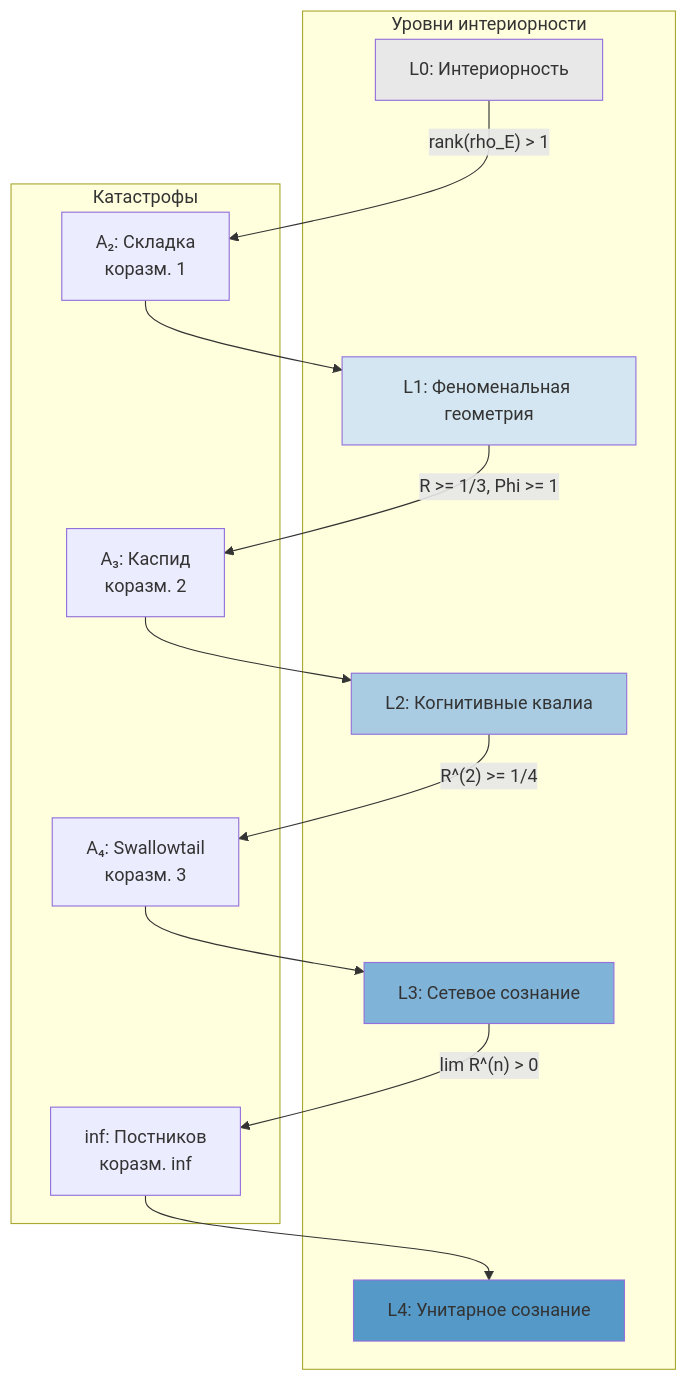
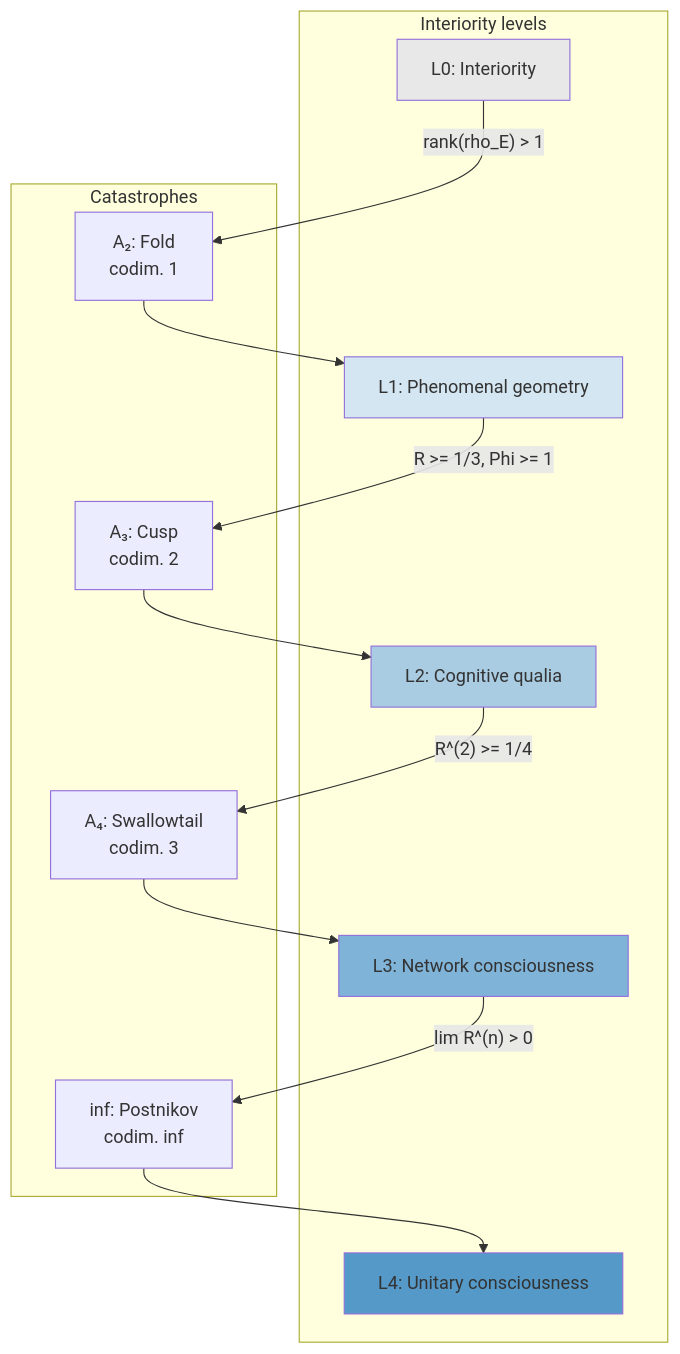
One commit to gst-st/uhm changed the diagram in website/docs/consciousness/hierarchy/swallowtail-transitions.md. Above: the diagram before and after it, drawn with Mermaid. The commit also changed other lines of this file and 79 other files, not shown here.

````diff
--- a/website/docs/consciousness/hierarchy/swallowtail-transitions.md
+++ b/website/docs/consciousness/hierarchy/swallowtail-transitions.md
@@ -316,28 +316,28 @@
 ```mermaid
 graph TD
-    subgraph Levels["Уровни интериорности"]
-        L0["L0: Интериорность"]
-        L1["L1: Феноменальная геометрия"]
-        L2["L2: Когнитивные квалиа"]
-        L3["L3: Сетевое сознание"]
-        L4["L4: Унитарное сознание"]
+    subgraph Levels["Interiority levels"]
+        L0["L0: Interiority"]
+        L1["L1: Phenomenal geometry"]
+        L2["L2: Cognitive qualia"]
+        L3["L3: Network consciousness"]
+        L4["L4: Unitary consciousness"]
     end
 
-    subgraph Catastrophes["Катастрофы"]
-        A2["A₂: Складка<br/>коразм. 1"]
-        A3["A₃: Каспид<br/>коразм. 2"]
-        A4["A₄: Swallowtail<br/>коразм. 3"]
-        A5["inf: Постников<br/>коразм. inf"]
+    subgraph Catastrophes["Catastrophes"]
+        A2["A₂: Fold<br/>codim. 1"]
+        A3["A₃: Cusp<br/>codim. 2"]
+        A4["A₄: Swallowtail<br/>codim. 3"]
+        A5["inf: Postnikov<br/>codim. inf"]
     end
 
     L0 --> |"rank(rho_E) > 1"| A2 --> L1
     L1 --> |"R >= 1/3, Phi >= 1"| A3 --> L2
     L2 --> |"R^(2) >= 1/4"| A4 --> L3
     L3 --> |"lim R^(n) > 0"| A5 --> L4
 
     style L0 fill:#e8e8e8
     style L1 fill:#d4e6f1
     style L2 fill:#a9cce3
     style L3 fill:#7fb3d8
     style L4 fill:#5499c7
 ```
````
